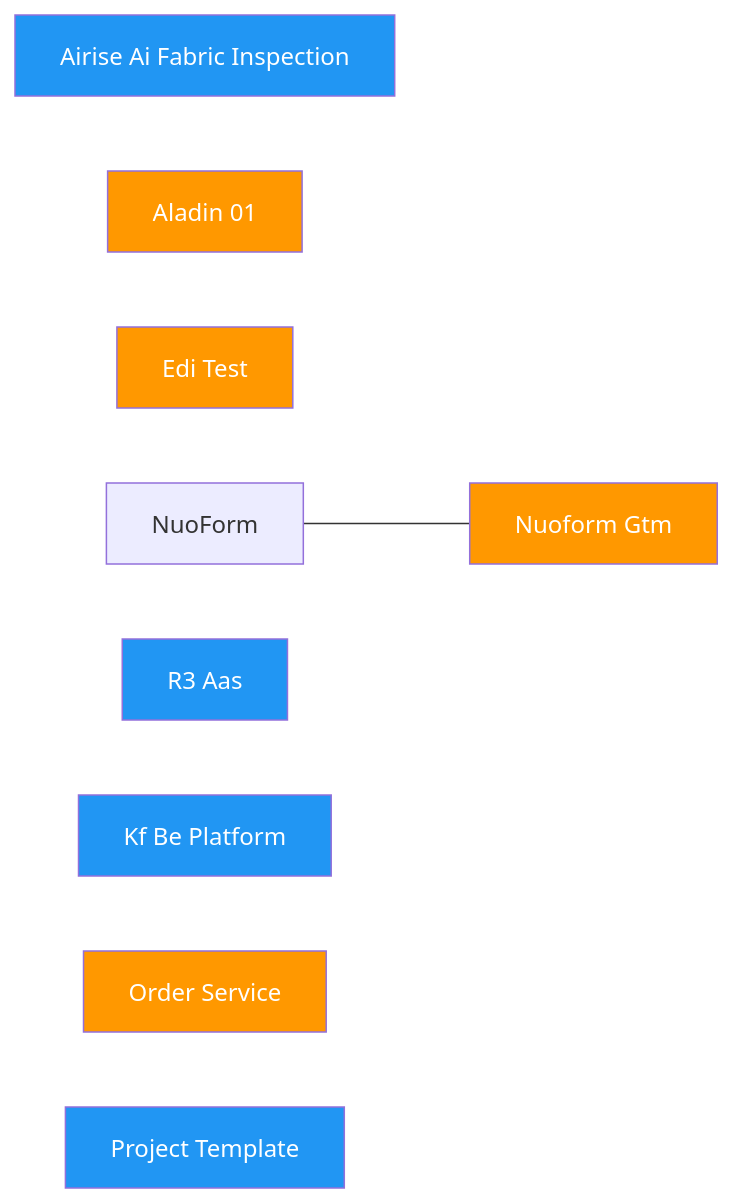
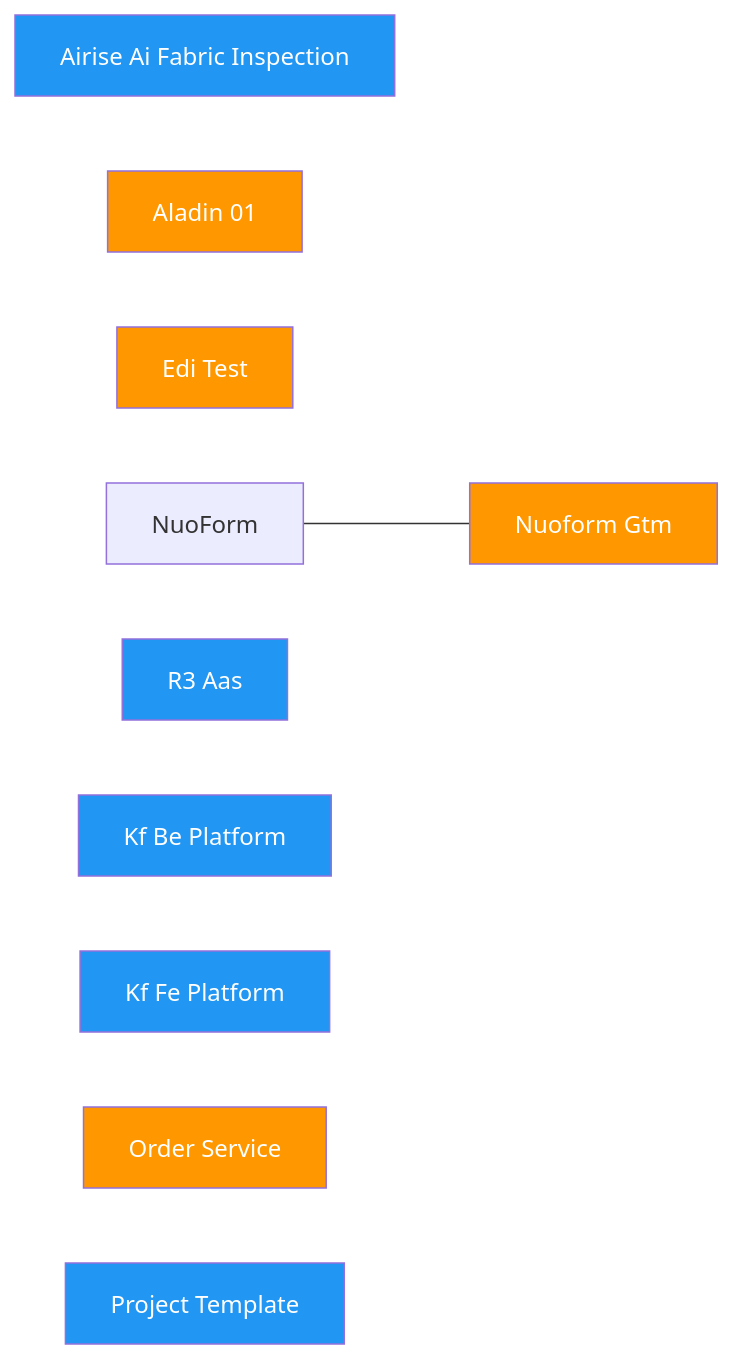
One commit to Katty-Fashion/kf-cpto changed the diagram in docs/dependency-graph.md. Above: the diagram before and after it, drawn with Mermaid. The commit also changed other lines of this file and 11 other files, not shown here.

````diff
--- a/docs/dependency-graph.md
+++ b/docs/dependency-graph.md
@@ -10,15 +10,16 @@
 ```mermaid
 graph LR
     AIRise-ai-fabric-inspection[Airise Ai Fabric Inspection]:::eu
     Aladin-01[Aladin 01]:::internal
     Edi-test[Edi Test]:::internal
     NuoForm---GTM[Nuoform   Gtm]:::internal
     R3-AAS[R3 Aas]:::eu
     kf-be-platform[Kf Be Platform]:::eu
+    kf-fe-platform[Kf Fe Platform]:::eu
     order-service[Order Service]:::internal
     project-template[Project Template]:::eu
 
     classDef saas fill:#4CAF50,color:#fff
     classDef eu fill:#2196F3,color:#fff
     classDef internal fill:#FF9800,color:#fff
 ```
````
